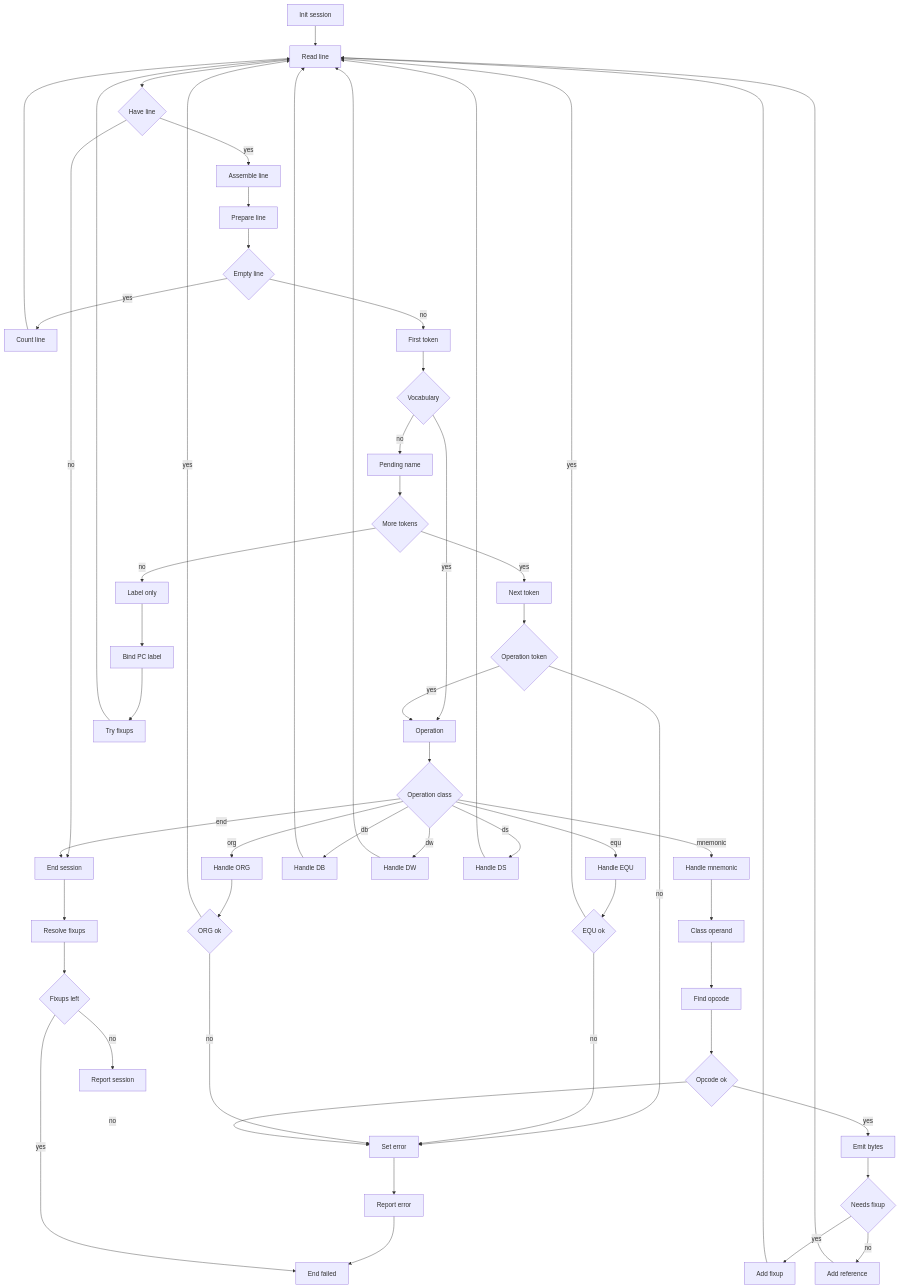
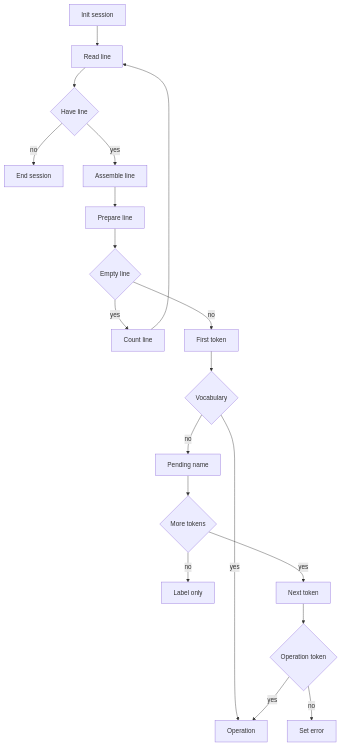
The third of 11 diagrams in DOC/GUIDES/ASM/HASHED_ASM.md (95westus/R-YORS), drawn with Mermaid before and after one commit. The commit also changed other lines of this file and 59 other files, not shown here.

````diff
--- a/DOC/GUIDES/ASM/HASHED_ASM.md
+++ b/DOC/GUIDES/ASM/HASHED_ASM.md
@@ -2168,98 +2157,21 @@
 ```mermaid
 flowchart TD
-    START[Init session]
-    READ[Read line]
-    HAVE{Have line}
-    ENDST[End session]
-    LINE[Assemble line]
-    PREP[Prepare line]
-    EMPTY{Empty line}
-    COUNT[Count line]
-    FIRST[First token]
-    VOCAB{Vocabulary}
-    OPER[Operation]
-    PENDING[Pending name]
-    MORE{More tokens}
-    NEXTOP[Next token]
-    OPNEXT{Operation token}
-    LABELONLY[Label only]
-    BINDPC[Bind PC label]
-    WAKE[Try fixups]
-    DISPATCH{Operation class}
-    EQU[Handle EQU]
-    ORG[Handle ORG]
-    DB[Handle DB]
-    DW[Handle DW]
-    DS[Handle DS]
-    MNEM[Handle mnemonic]
-    EQUOK{EQU ok}
-    ORGOK{ORG ok}
-    CLASS[Class operand]
-    OPC[Find opcode]
-    OPCOK{Opcode ok}
-    EMIT[Emit bytes]
-    NEEDFIX{Needs fixup}
-    FIX[Add fixup]
-    REF[Add reference]
-    FAIL[Set error]
-    REPORTFAIL[Report error]
-    RESOLVE[Resolve fixups]
-    LEFT{Fixups left}
-    ENDFAIL[End failed]
-    REPORT[Report session]
-
-    START --> READ
-    READ --> HAVE
-    HAVE -->|no| ENDST
-    HAVE -->|yes| LINE
-    LINE --> PREP
-    PREP --> EMPTY
-    EMPTY -->|yes| COUNT
+    START[Init session] --> READ[Read line]
+    READ --> HAVE{Have line}
+    HAVE -->|no| ENDST[End session]
+    HAVE -->|yes| LINE[Assemble line]
+    LINE --> PREP[Prepare line]
+    PREP --> EMPTY{Empty line}
+    EMPTY -->|yes| COUNT[Count line]
     COUNT --> READ
-    EMPTY -->|no| FIRST
-    FIRST --> VOCAB
-    VOCAB -->|yes| OPER
-    VOCAB -->|no| PENDING
-    PENDING --> MORE
-    MORE -->|no| LABELONLY
-    MORE -->|yes| NEXTOP
-    NEXTOP --> OPNEXT
-    OPNEXT -->|no| FAIL
+    EMPTY -->|no| FIRST[First token]
+    FIRST --> VOCAB{Vocabulary}
+    VOCAB -->|yes| OPER[Operation]
+    VOCAB -->|no| PENDING[Pending name]
+    PENDING --> MORE{More tokens}
+    MORE -->|no| LABELONLY[Label only]
+    MORE -->|yes| NEXTOP[Next token]
+    NEXTOP --> OPNEXT{Operation token}
+    OPNEXT -->|no| FAIL[Set error]
     OPNEXT -->|yes| OPER
-    LABELONLY --> BINDPC
-    BINDPC --> WAKE
-    WAKE --> READ
-    OPER --> DISPATCH
-    DISPATCH -->|equ| EQU
-    DISPATCH -->|org| ORG
-    DISPATCH -->|end| ENDST
-    DISPATCH -->|db| DB
-    DISPATCH -->|dw| DW
-    DISPATCH -->|ds| DS
-    DISPATCH -->|mnemonic| MNEM
-    EQU --> EQUOK
-    EQUOK -->|no| FAIL
-    EQUOK -->|yes| READ
-    ORG --> ORGOK
-    ORGOK -->|no| FAIL
-    ORGOK -->|yes| READ
-    MNEM --> CLASS
-    CLASS --> OPC
-    OPC --> OPCOK
-    OPCOK -->|no| FAIL
-    OPCOK -->|yes| EMIT
-    EMIT --> NEEDFIX
-    NEEDFIX -->|yes| FIX
-    NEEDFIX -->|no| REF
-    FIX --> READ
-    REF --> READ
-    DB --> READ
-    DW --> READ
-    DS --> READ
-    FAIL --> REPORTFAIL
-    REPORTFAIL --> ENDFAIL
-    ENDST --> RESOLVE
-    RESOLVE --> LEFT
-    LEFT -->|yes| ENDFAIL
-    LEFT -->|no| REPORT
 ```
````
